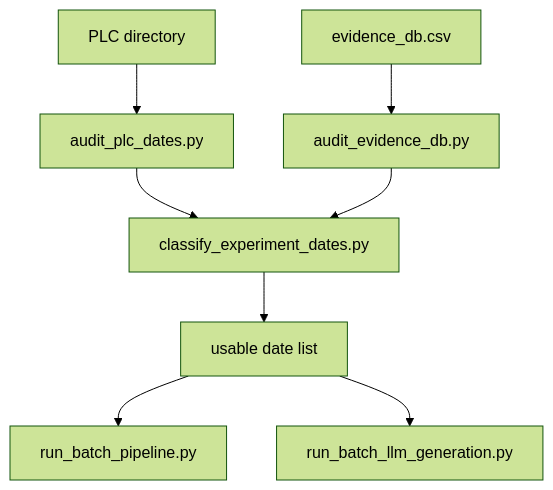
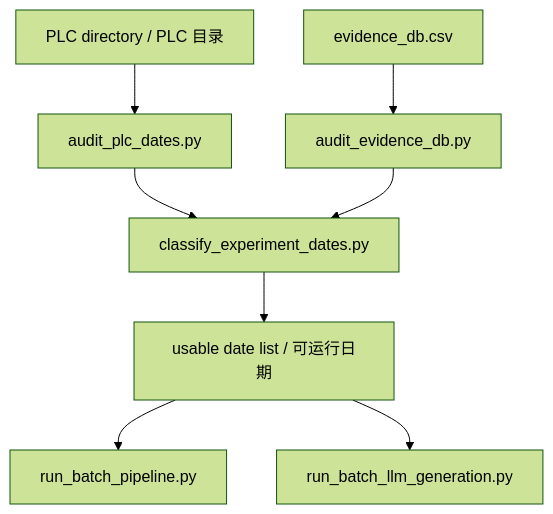
One commit to xiaodazhao/tbm-report changed the fourth of 5 diagrams in backend/docs/system_architecture.md. Above: the diagram before and after it, drawn with Mermaid (forest theme). The commit also changed other lines of this file and 1 other file, not shown here.

Commit message:
Add bilingual labels to Mermaid diagrams

````diff
--- a/backend/docs/system_architecture.md
+++ b/backend/docs/system_architecture.md
@@ -119,10 +119,10 @@
 ```mermaid
 flowchart TD
-    A[PLC directory] --> B[audit_plc_dates.py]
+    A[PLC directory / PLC 目录] --> B[audit_plc_dates.py]
     C[evidence_db.csv] --> D[audit_evidence_db.py]
     B --> E[classify_experiment_dates.py]
     D --> E
-    E --> F[usable date list]
+    E --> F[usable date list / 可运行日期]
     F --> G[run_batch_pipeline.py]
     F --> H[run_batch_llm_generation.py]
 ```
````
